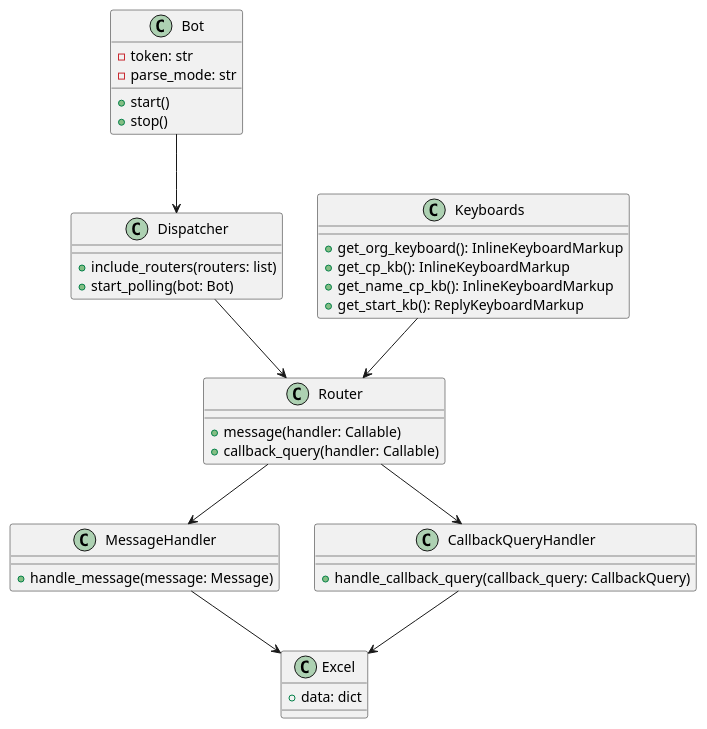
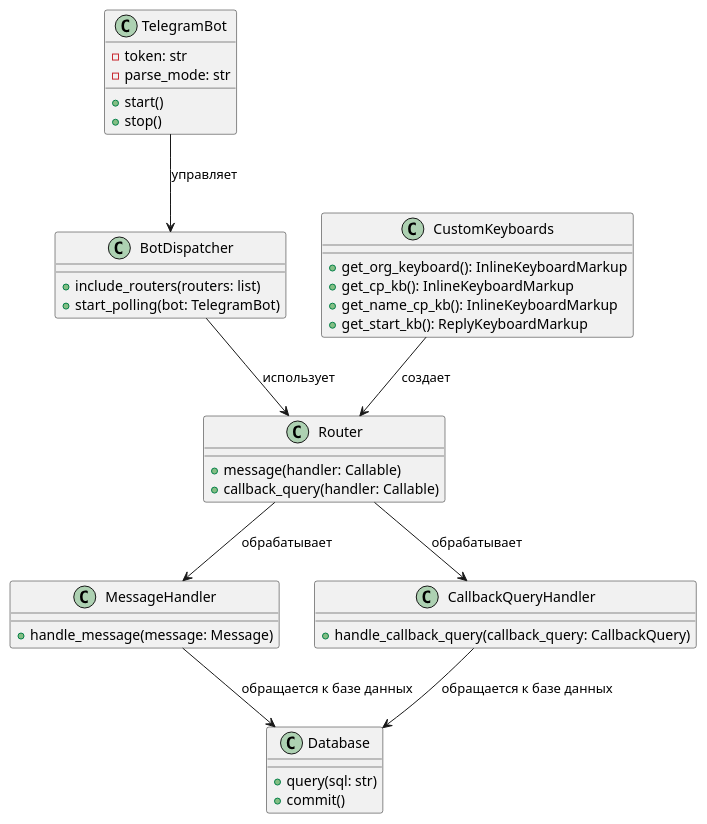
One commit to sinseiwas/PROspekt_bot changed the diagram in docs/diagrams/class_diagram.puml. Above: the diagram before and after it, drawn with PlantUML. The commit also changed 2 other files, not shown here.

```diff
--- a/docs/diagrams/class_diagram.puml
+++ b/docs/diagrams/class_diagram.puml
@@ -1,45 +1,44 @@
-@startuml
-class Bot {
+class TelegramBot {
     - token: str
     - parse_mode: str
     + start()
     + stop()
 }
 
-class Dispatcher {
+class BotDispatcher {
     + include_routers(routers: list)
-    + start_polling(bot: Bot)
+    + start_polling(bot: TelegramBot)
 }
 
 class Router {
     + message(handler: Callable)
     + callback_query(handler: Callable)
 }
 
 class MessageHandler {
     + handle_message(message: Message)
 }
 
 class CallbackQueryHandler {
     + handle_callback_query(callback_query: CallbackQuery)
 }
 
-class Excel {
-    + data: dict
+class Database {
+    + query(sql: str)
+    + commit()
 }
 
-class Keyboards {
+class CustomKeyboards {
     + get_org_keyboard(): InlineKeyboardMarkup
     + get_cp_kb(): InlineKeyboardMarkup
     + get_name_cp_kb(): InlineKeyboardMarkup
     + get_start_kb(): ReplyKeyboardMarkup
 }
 
-Bot --> Dispatcher
-Dispatcher --> Router
-Router --> MessageHandler
-Router --> CallbackQueryHandler
-MessageHandler --> Excel
-CallbackQueryHandler --> Excel
-Keyboards --> Router
-@enduml
+TelegramBot --> BotDispatcher : управляет
+BotDispatcher --> Router : использует
+Router --> MessageHandler : обрабатывает
+Router --> CallbackQueryHandler : обрабатывает
+MessageHandler --> Database : обращается к базе данных
+CallbackQueryHandler --> Database : обращается к базе данных
+CustomKeyboards --> Router : создает
```
